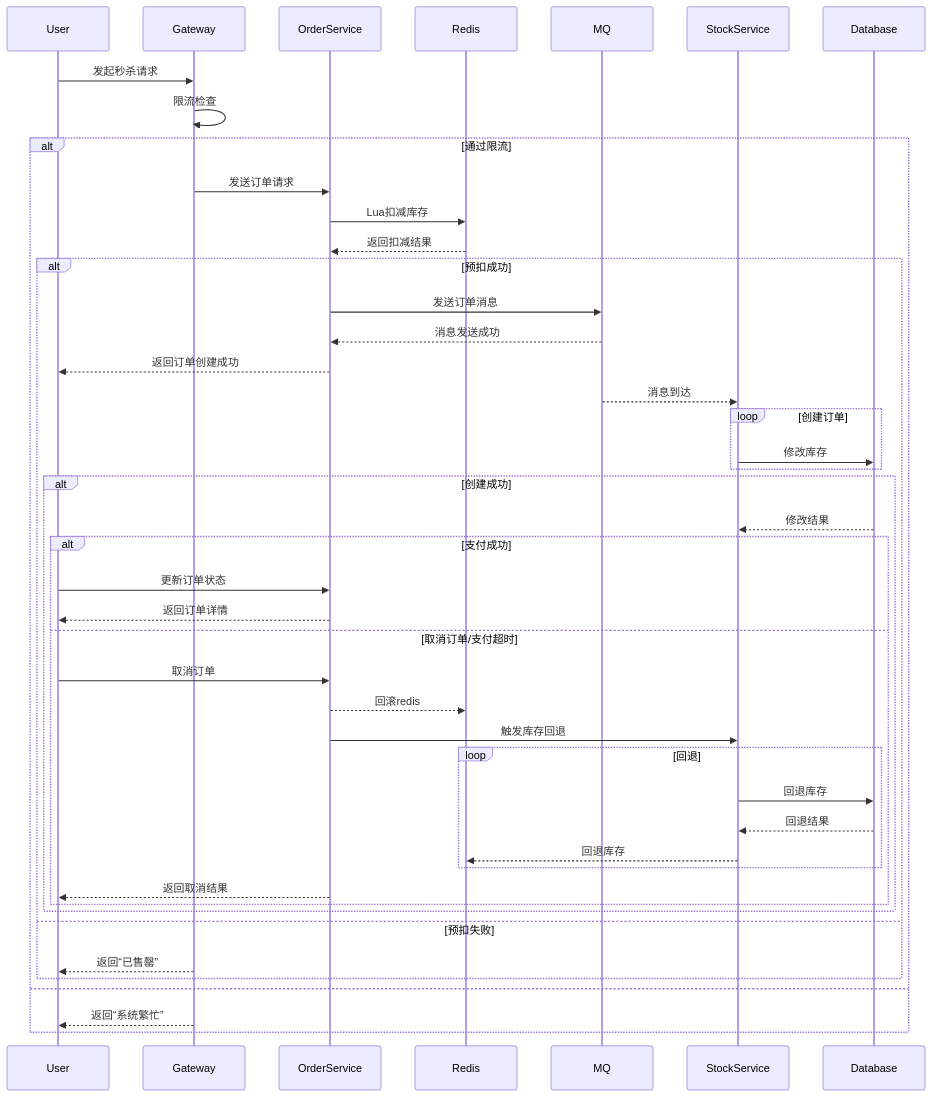
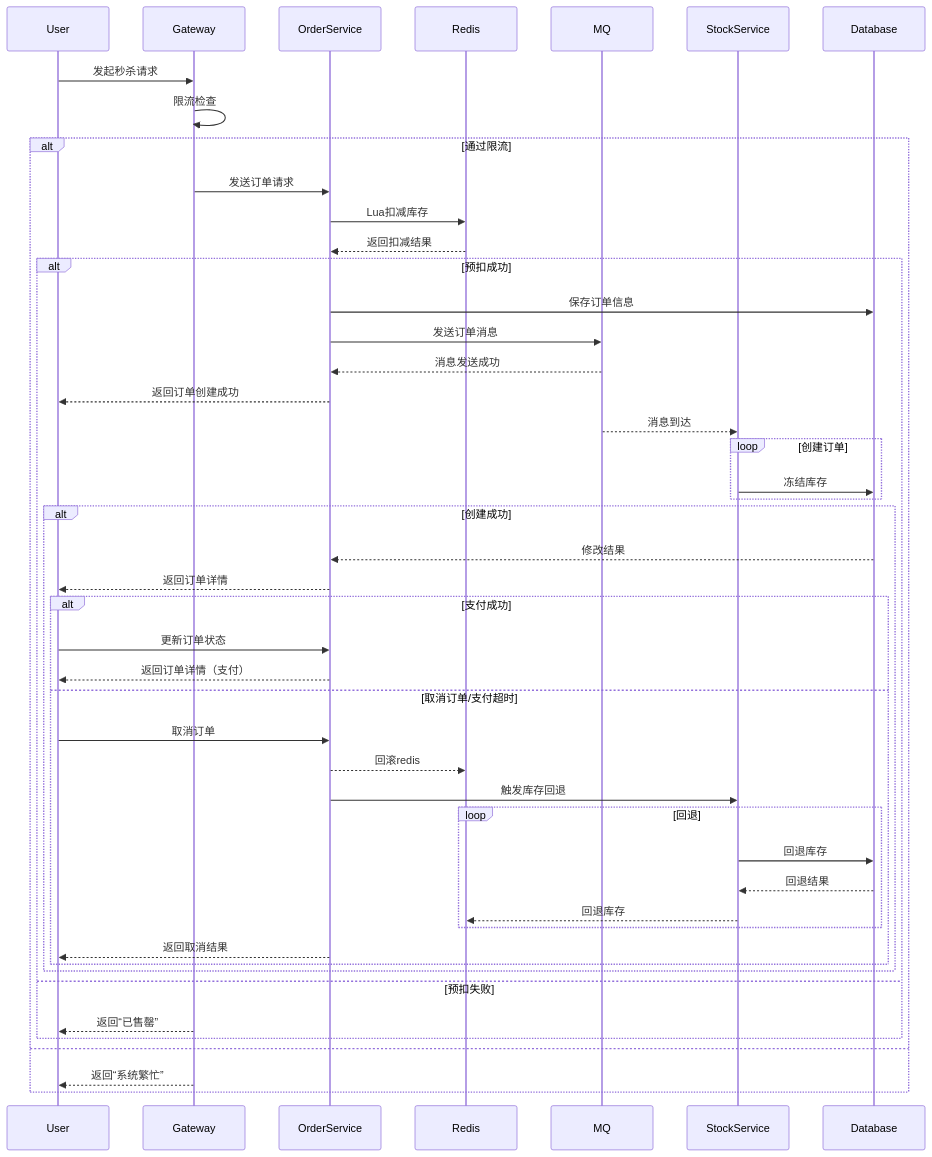
One commit to jamespud/tiny-store changed the second of 3 diagrams in doc/md/抢购系统.md. Above: the diagram before and after it, drawn with Mermaid. The commit also changed 109 other files, not shown here.

Commit message:
add basic order service

````diff
--- a/doc/md/抢购系统.md
+++ b/doc/md/抢购系统.md
@@ -53,60 +53,52 @@
 ```mermaid
 sequenceDiagram
     participant User
     participant Gateway
     participant OrderService
     participant Redis
     participant MQ
     participant StockService
     participant Database
 
 
     User ->> Gateway: 发起秒杀请求
     Gateway ->> Gateway: 限流检查
     alt 通过限流
         Gateway ->> OrderService: 发送订单请求
         OrderService ->> Redis: Lua扣减库存
         Redis -->> OrderService: 返回扣减结果
         alt 预扣成功
+        	OrderService ->> Database: 保存订单信息
             OrderService ->> MQ: 发送订单消息
             MQ -->> OrderService: 消息发送成功
             OrderService -->> User: 返回订单创建成功
             MQ -->> StockService: 消息到达
             loop 创建订单
-            StockService ->> Database: 修改库存
+            StockService ->> Database: 冻结库存
             end
             alt 创建成功
-                Database -->> StockService: 修改结果
-%%                StockService -->> MQ: 发送结果反馈消息
-%%                MQ -->> OrderService: 订单处理结果
-%%                OrderService -->> User: 通知支付
+                Database -->> OrderService: 修改结果
+                OrderService -->> User: 返回订单详情
                 alt 支付成功
                     User ->> OrderService: 更新订单状态
-                    OrderService -->> User: 返回订单详情
+                    OrderService -->> User: 返回订单详情（支付）
                 else 取消订单/支付超时
                     User ->> OrderService: 取消订单
 					OrderService -->> Redis: 回滚redis
                     OrderService ->> StockService: 触发库存回退
                     loop 回退
                         StockService ->> Database: 回退库存
                         Database -->> StockService: 回退结果
                         StockService -->> Redis: 回退库存
                     end
                     OrderService -->> User: 返回取消结果
                 end
-%%            else 创建失败
-%%                StockService ->> StockService: 重试
-%%                StockService -->> MQ: 发送失败反馈
-%%                MQ -->> OrderService: 订单失败
-%%                OrderService ->> StockService: 触发库存回退
-%%                StockService -->> Redis: 回退库存
-%%                OrderService -->> User: 返回失败结果
             end
         else 预扣失败
             Gateway -->> User: 返回“已售罄”
         end
     else
         Gateway -->> User: 返回“系统繁忙”
     end
 
 ```
````
